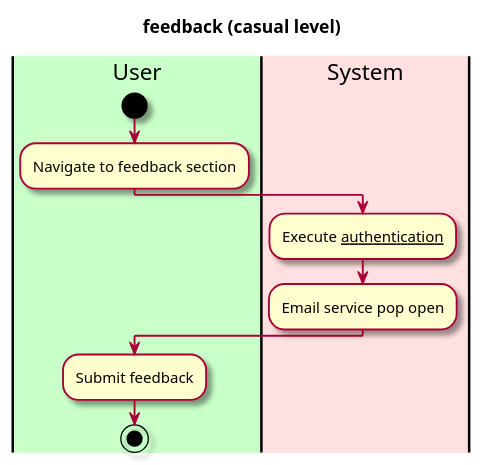
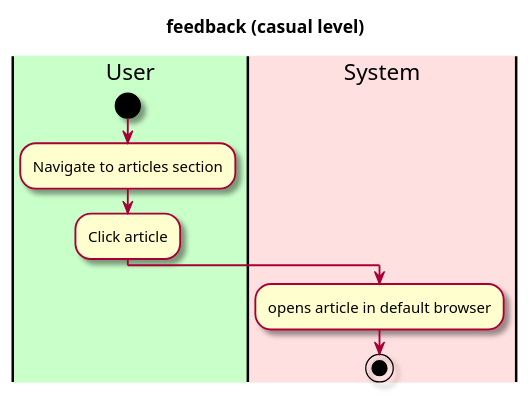
One commit to EzekielEkanem/team-1d changed the diagram in intellij/doc/use-cases/use-case-read-articles.md. Above: the diagram before and after it, drawn with PlantUML. The commit also changed other lines of this file and 2 other files, not shown here.

````diff
--- a/intellij/doc/use-cases/use-case-read-articles.md
+++ b/intellij/doc/use-cases/use-case-read-articles.md
@@ -23,30 +22,30 @@
 ```plantuml
 @startuml
 
 skin rose
 
 title feedback (casual level)
 
 'define the lanes
 
 |#technology|User|
 |#implementation|System|
 
 
 |User|
 
 start
 
-:Navigate to feedback section;
+:Navigate to articles section;
+
+:Click article;
 
 |System|
 
-:Execute __authentication__;
-:Email service pop open;
+:opens article in default browser;
     
-|User|
-:Submit feedback;
+
 
 stop
 @enduml
 ```
````
